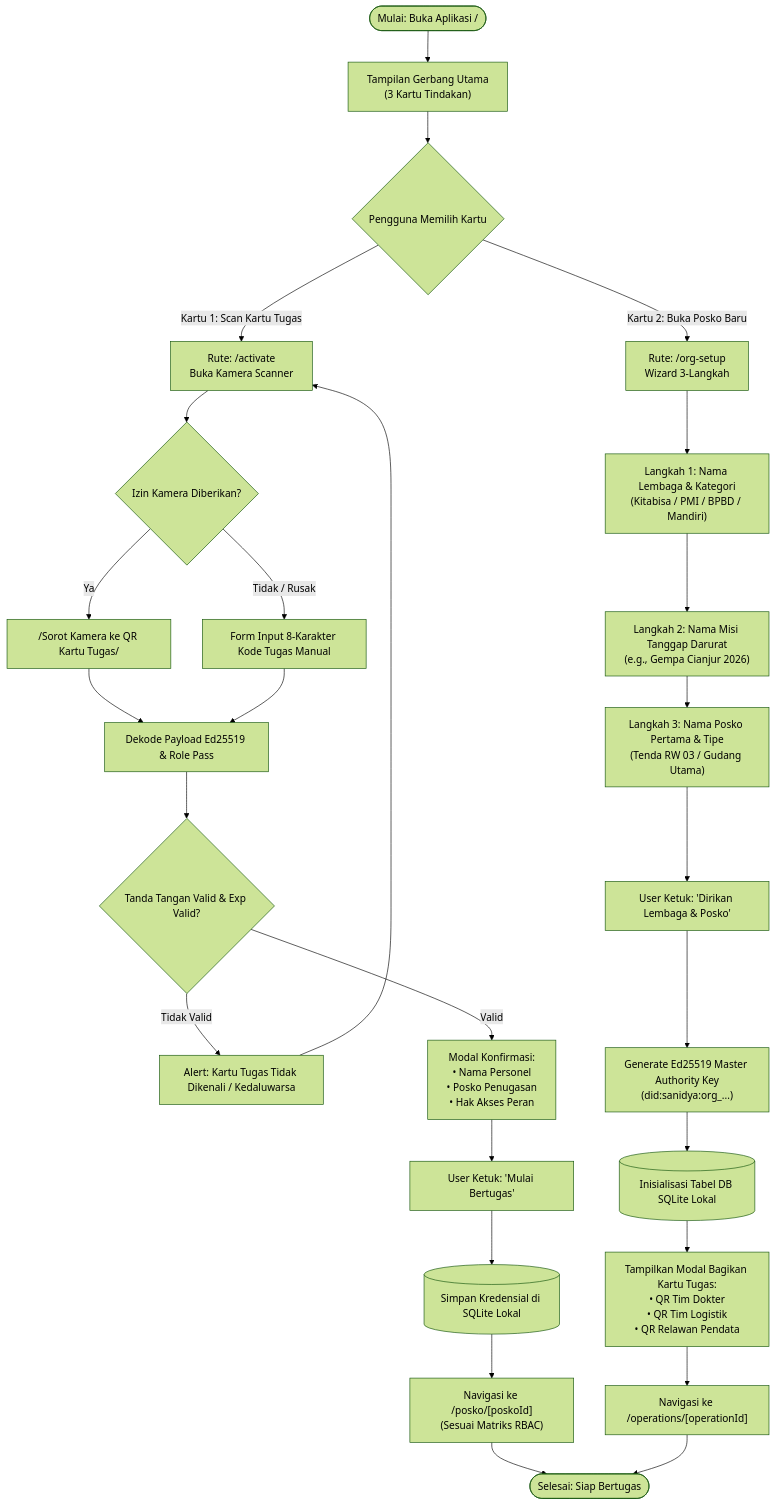
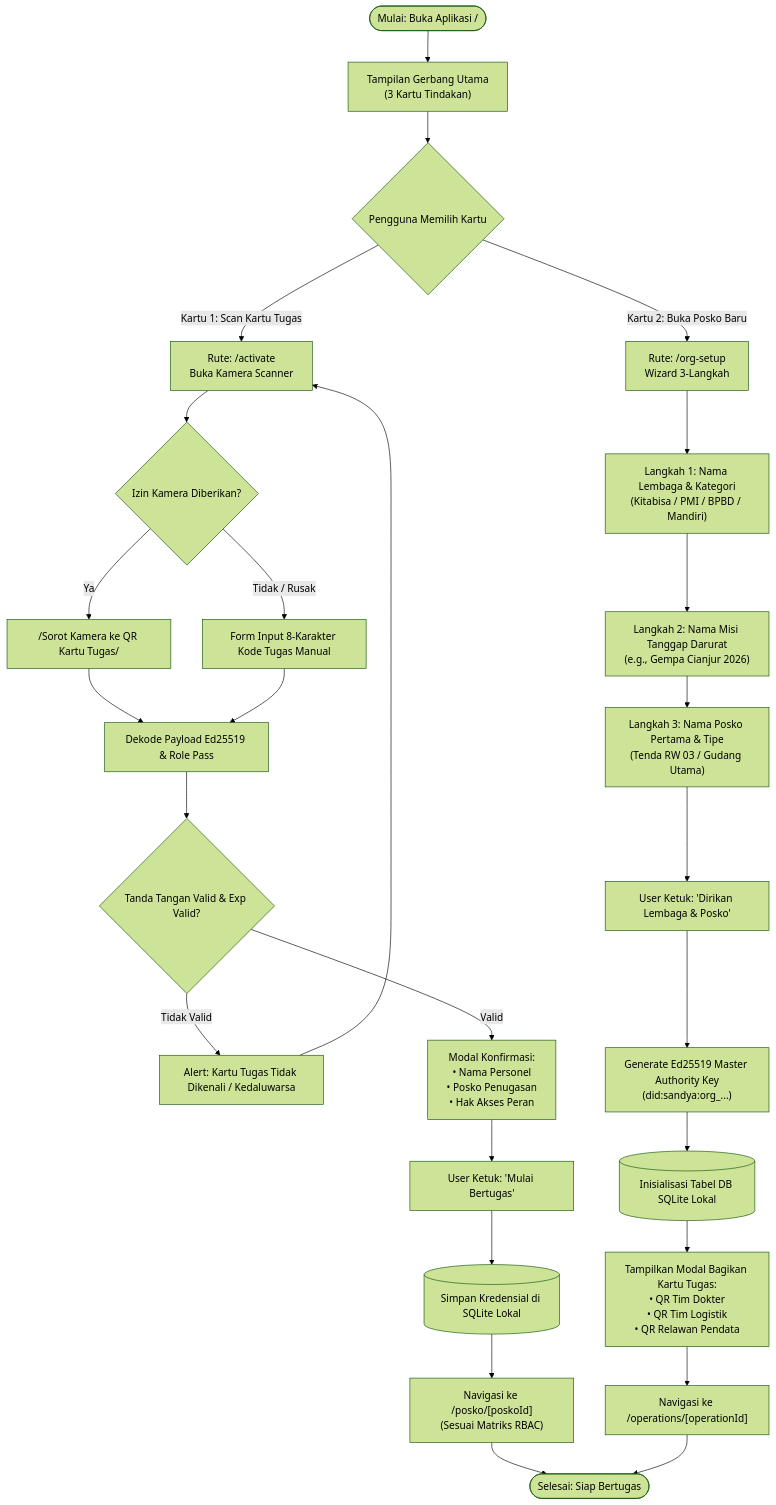
The second of 2 diagrams in docs/userflow/01-onboarding-dan-manajemen-organisasi.md (untacorp/sandya), drawn with Mermaid (forest theme) before and after one commit. The commit also changed other lines of this file and 218 other files, not shown here.

First line of the commit message:
feat: complete Sandya rebranding, local-first sqlite to cloud pipeline, zero-mock cleanup, and production metadata

````diff
--- a/docs/userflow/01-onboarding-dan-manajemen-organisasi.md
+++ b/docs/userflow/01-onboarding-dan-manajemen-organisasi.md
@@ -47,39 +47,39 @@
 ```mermaid
 flowchart TD
-    Start(["Mulai: Buka Aplikasi /"]) --> GatewayScreen["Tampilan Gerbang Utama<br/>(3 Kartu Tindakan)"]
+  Start(["Mulai: Buka Aplikasi /"]) --> GatewayScreen["Tampilan Gerbang Utama<br/>(3 Kartu Tindakan)"]
 
-    GatewayScreen --> ActionChoice{"Pengguna Memilih Kartu"}
+  GatewayScreen --> ActionChoice{"Pengguna Memilih Kartu"}
 
-    %% JALUR 1: ANGGOTA TIM (DOKTER, LOGISTIK, RELAWAN)
-    ActionChoice -->|"Kartu 1: Scan Kartu Tugas"| ScanPassScreen["Rute: /activate<br/>Buka Kamera Scanner"]
-    ScanPassScreen --> CamCheck{"Izin Kamera Diberikan?"}
-    CamCheck -->|Ya| OpticalScan["/Sorot Kamera ke QR Kartu Tugas/"]
-    CamCheck -->|Tidak / Rusak| ManualInputForm["Form Input 8-Karakter Kode Tugas Manual"]
-    
-    OpticalScan --> ParsePayload["Dekode Payload Ed25519 & Role Pass"]
-    ManualInputForm --> ParsePayload
-    
-    ParsePayload --> ValidPass{"Tanda Tangan Valid & Exp Valid?"}
-    ValidPass -->|Tidak Valid| ErrorToast["Alert: Kartu Tugas Tidak Dikenali / Kedaluwarsa"]
-    ErrorToast --> ScanPassScreen
-    
-    ValidPass -->|Valid| ConfirmIdentityModal["Modal Konfirmasi:<br/>• Nama Personel<br/>• Posko Penugasan<br/>• Hak Akses Peran"]
-    ConfirmIdentityModal --> TapStart["User Ketuk: 'Mulai Bertugas'"]
-    TapStart --> SaveLocalSession[("Simpan Kredensial di SQLite Lokal")]
-    SaveLocalSession --> RouteToPosko["Navigasi ke /posko/[poskoId]<br/>(Sesuai Matriks RBAC)"]
+  %% JALUR 1: ANGGOTA TIM (DOKTER, LOGISTIK, RELAWAN)
+  ActionChoice -->|"Kartu 1: Scan Kartu Tugas"| ScanPassScreen["Rute: /activate<br/>Buka Kamera Scanner"]
+  ScanPassScreen --> CamCheck{"Izin Kamera Diberikan?"}
+  CamCheck -->|Ya| OpticalScan["/Sorot Kamera ke QR Kartu Tugas/"]
+  CamCheck -->|Tidak / Rusak| ManualInputForm["Form Input 8-Karakter Kode Tugas Manual"]
+  
+  OpticalScan --> ParsePayload["Dekode Payload Ed25519 & Role Pass"]
+  ManualInputForm --> ParsePayload
+  
+  ParsePayload --> ValidPass{"Tanda Tangan Valid & Exp Valid?"}
+  ValidPass -->|Tidak Valid| ErrorToast["Alert: Kartu Tugas Tidak Dikenali / Kedaluwarsa"]
+  ErrorToast --> ScanPassScreen
+  
+  ValidPass -->|Valid| ConfirmIdentityModal["Modal Konfirmasi:<br/>• Nama Personel<br/>• Posko Penugasan<br/>• Hak Akses Peran"]
+  ConfirmIdentityModal --> TapStart["User Ketuk: 'Mulai Bertugas'"]
+  TapStart --> SaveLocalSession[("Simpan Kredensial di SQLite Lokal")]
+  SaveLocalSession --> RouteToPosko["Navigasi ke /posko/[poskoId]<br/>(Sesuai Matriks RBAC)"]
 
-    %% JALUR 2: INISIATOR / PIMPINAN LEMBAGA
-    ActionChoice -->|"Kartu 2: Buka Posko Baru"| OrgSetupWizard["Rute: /org-setup<br/>Wizard 3-Langkah"]
-    OrgSetupWizard --> Step1["Langkah 1: Nama Lembaga & Kategori<br/>(Kitabisa / PMI / BPBD / Mandiri)"]
-    Step1 --> Step2["Langkah 2: Nama Misi Tanggap Darurat<br/>(e.g., Gempa Cianjur 2026)"]
-    Step2 --> Step3["Langkah 3: Nama Posko Pertama & Tipe<br/>(Tenda RW 03 / Gudang Utama)"]
-    Step3 --> SubmitOrg["User Ketuk: 'Dirikan Lembaga & Posko'"]
-    
-    SubmitOrg --> GenKeys["Generate Ed25519 Master Authority Key<br/>(did:sanidya:org_...)"]
-    GenKeys --> InitOrgDB[("Inisialisasi Tabel DB SQLite Lokal")]
-    InitOrgDB --> DelegationModal["Tampilkan Modal Bagikan Kartu Tugas:<br/>• QR Tim Dokter<br/>• QR Tim Logistik<br/>• QR Relawan Pendata"]
-    DelegationModal --> RouteToMission["Navigasi ke /operations/[operationId]"]
+  %% JALUR 2: INISIATOR / PIMPINAN LEMBAGA
+  ActionChoice -->|"Kartu 2: Buka Posko Baru"| OrgSetupWizard["Rute: /org-setup<br/>Wizard 3-Langkah"]
+  OrgSetupWizard --> Step1["Langkah 1: Nama Lembaga & Kategori<br/>(Kitabisa / PMI / BPBD / Mandiri)"]
+  Step1 --> Step2["Langkah 2: Nama Misi Tanggap Darurat<br/>(e.g., Gempa Cianjur 2026)"]
+  Step2 --> Step3["Langkah 3: Nama Posko Pertama & Tipe<br/>(Tenda RW 03 / Gudang Utama)"]
+  Step3 --> SubmitOrg["User Ketuk: 'Dirikan Lembaga & Posko'"]
+  
+  SubmitOrg --> GenKeys["Generate Ed25519 Master Authority Key<br/>(did:sandya:org_...)"]
+  GenKeys --> InitOrgDB[("Inisialisasi Tabel DB SQLite Lokal")]
+  InitOrgDB --> DelegationModal["Tampilkan Modal Bagikan Kartu Tugas:<br/>• QR Tim Dokter<br/>• QR Tim Logistik<br/>• QR Relawan Pendata"]
+  DelegationModal --> RouteToMission["Navigasi ke /operations/[operationId]"]
 
-    RouteToPosko --> EndState(["Selesai: Siap Bertugas"])
-    RouteToMission --> EndState
+  RouteToPosko --> EndState(["Selesai: Siap Bertugas"])
+  RouteToMission --> EndState
 ```
````
